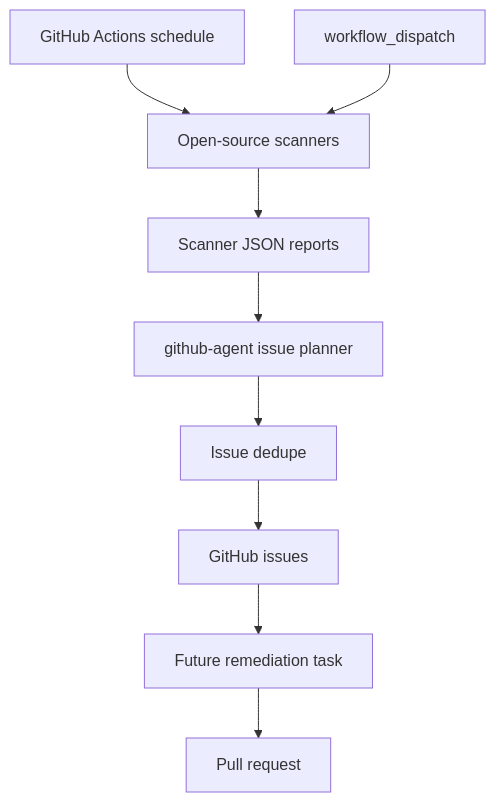
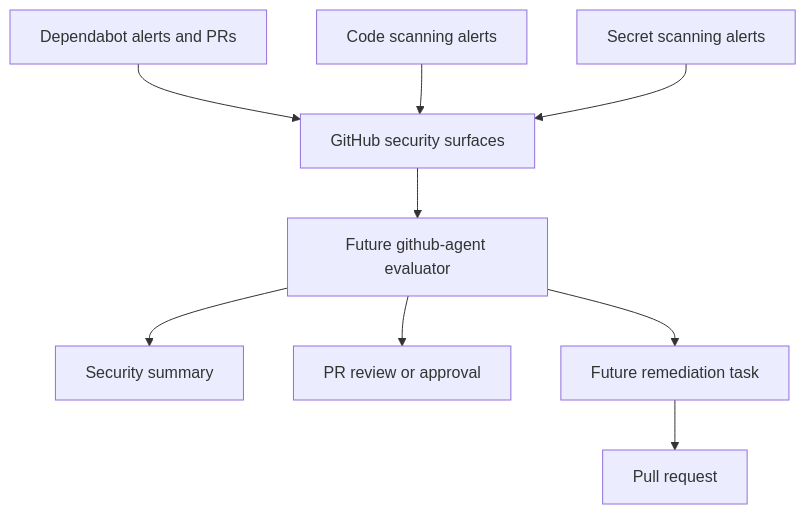
Before and after one commit to brandocomando/my_agentic_team: the first of 3 diagrams in github-agent/docs/Architecture.md, drawn with Mermaid. The commit also changed other lines of this file and 30 other files, not shown here.

Commit message:
docs(github-agent): Refocus on native security alerts

````diff
--- a/github-agent/docs/Architecture.md
+++ b/github-agent/docs/Architecture.md
@@ -7,11 +7,11 @@
 ```mermaid
 flowchart TD
-    Schedule["GitHub Actions schedule"] --> Scan["Open-source scanners"]
-    Manual["workflow_dispatch"] --> Scan
-    Scan --> Reports["Scanner JSON reports"]
-    Reports --> Planner["github-agent issue planner"]
-    Planner --> Dedupe["Issue dedupe"]
-    Dedupe --> Issues["GitHub issues"]
-    Issues --> Fixer["Future remediation task"]
+    Dependabot["Dependabot alerts and PRs"] --> GitHub["GitHub security surfaces"]
+    CodeScanning["Code scanning alerts"] --> GitHub
+    SecretScanning["Secret scanning alerts"] --> GitHub
+    GitHub --> Evaluator["Future github-agent evaluator"]
+    Evaluator --> Summary["Security summary"]
+    Evaluator --> Review["PR review or approval"]
+    Evaluator --> Fixer["Future remediation task"]
     Fixer --> PR["Pull request"]
 ```
````
